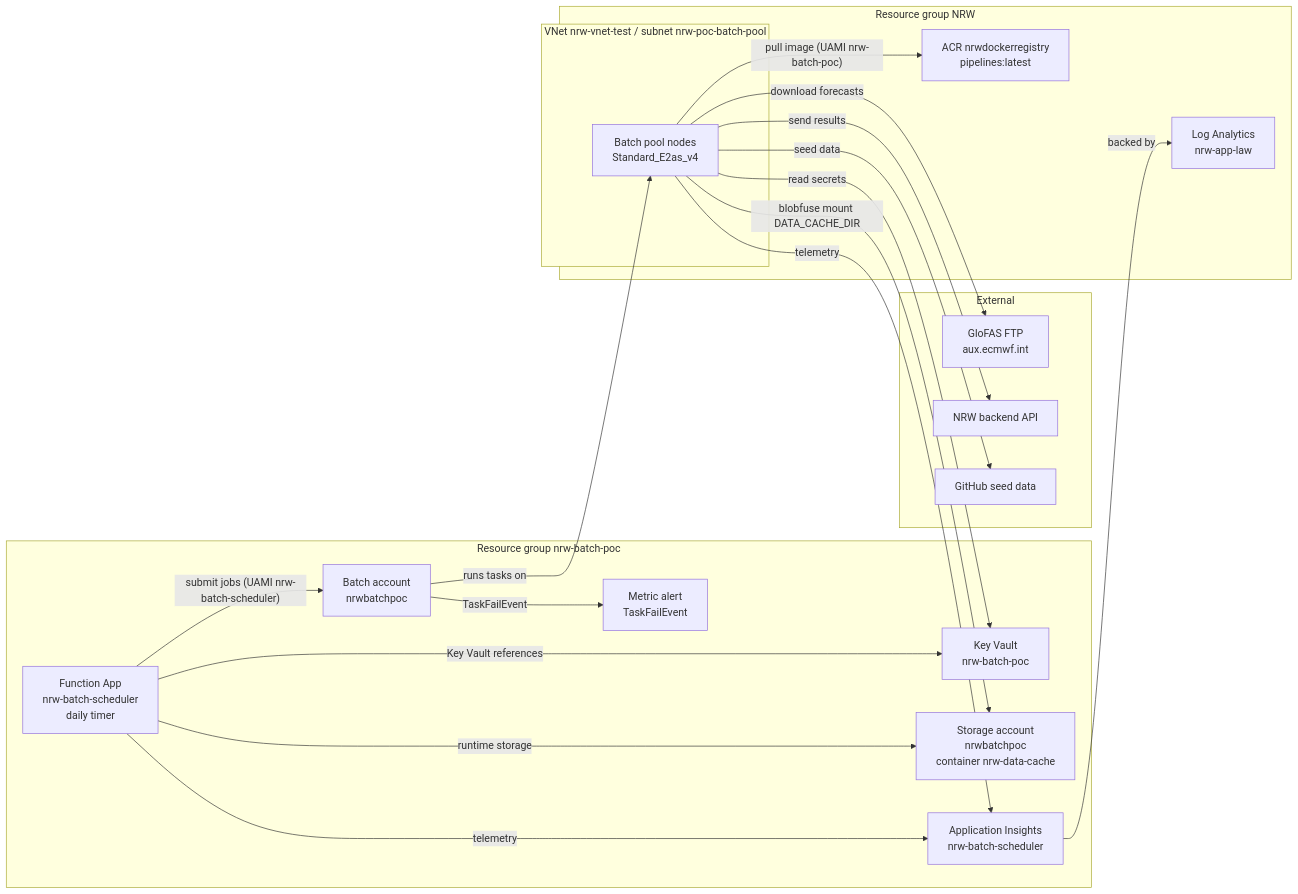
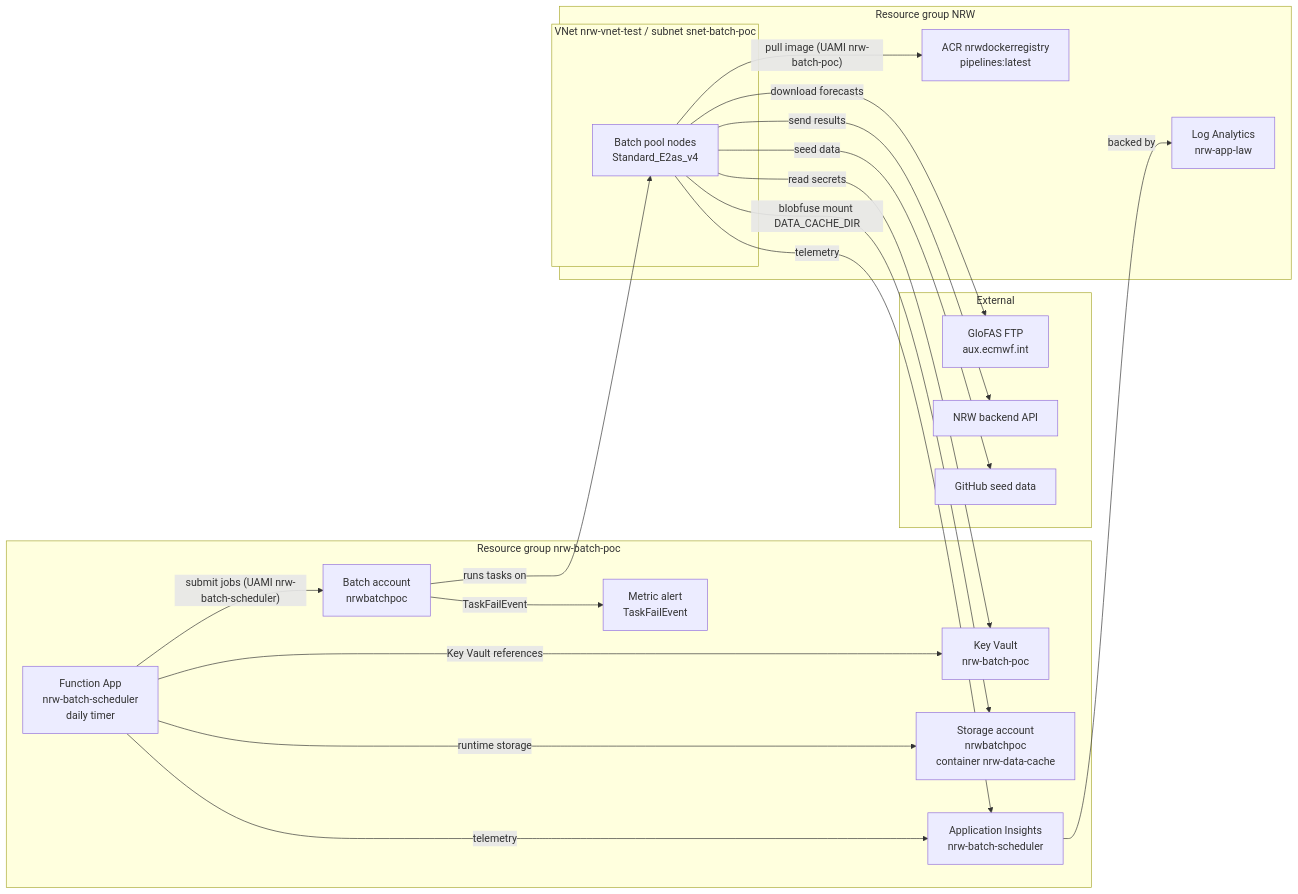
The diagram in data/deploy/readme-implementation.md (rodekruis/IBF), drawn with Mermaid before and after one commit. The commit also changed other lines of this file and 3 other files, not shown here.

````diff
--- a/data/deploy/readme-implementation.md
+++ b/data/deploy/readme-implementation.md
@@ -35,40 +35,40 @@
 ```mermaid
 flowchart LR
     subgraph External
         glofas[GloFAS FTP<br/>aux.ecmwf.int]
         api[NRW backend API]
         seed[GitHub seed data]
     end
 
     subgraph NRW[Resource group NRW]
         acr[ACR nrwdockerregistry<br/>pipelines:latest]
         law[Log Analytics<br/>nrw-app-law]
-        subgraph vnet[VNet nrw-vnet-test / subnet nrw-poc-batch-pool]
+        subgraph vnet[VNet nrw-vnet-test / subnet snet-batch-poc]
             nodes[Batch pool nodes<br/>Standard_E2as_v4]
         end
     end
 
     subgraph poc[Resource group nrw-batch-poc]
         func[Function App<br/>nrw-batch-scheduler<br/>daily timer]
         batch[Batch account<br/>nrwbatchpoc]
         kv[Key Vault<br/>nrw-batch-poc]
         st[Storage account<br/>nrwbatchpoc<br/>container nrw-data-cache]
         ai[Application Insights<br/>nrw-batch-scheduler]
         alert[Metric alert<br/>TaskFailEvent]
     end
 
     func -- "submit jobs (UAMI nrw-batch-scheduler)" --> batch
     func -- "Key Vault references" --> kv
     func -- "runtime storage" --> st
     batch -- "runs tasks on" --> nodes
     nodes -- "pull image (UAMI nrw-batch-poc)" --> acr
     nodes -- "read secrets" --> kv
     nodes -- "blobfuse mount DATA_CACHE_DIR" --> st
     nodes -- "download forecasts" --> glofas
     nodes -- "seed data" --> seed
     nodes -- "send results" --> api
     func -- telemetry --> ai
     nodes -- telemetry --> ai
     ai -- backed by --> law
     batch -- TaskFailEvent --> alert
 ```
````
